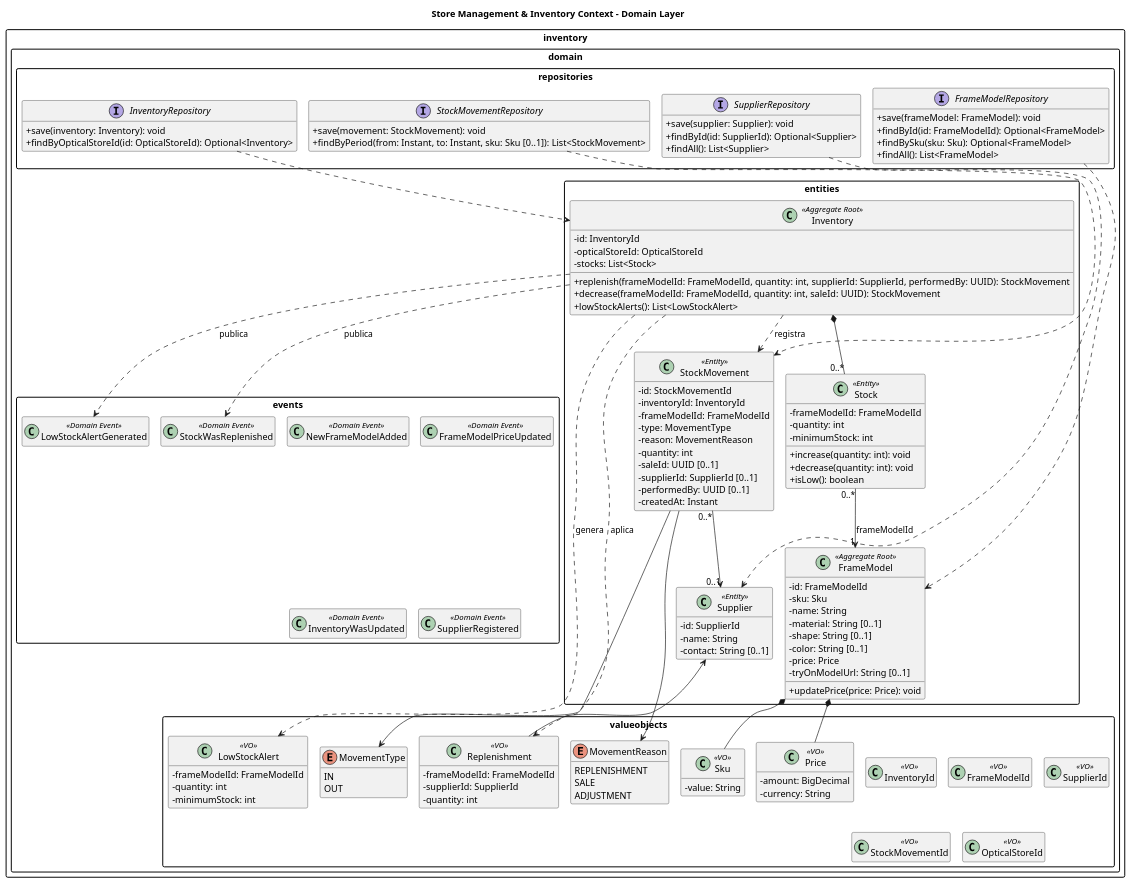
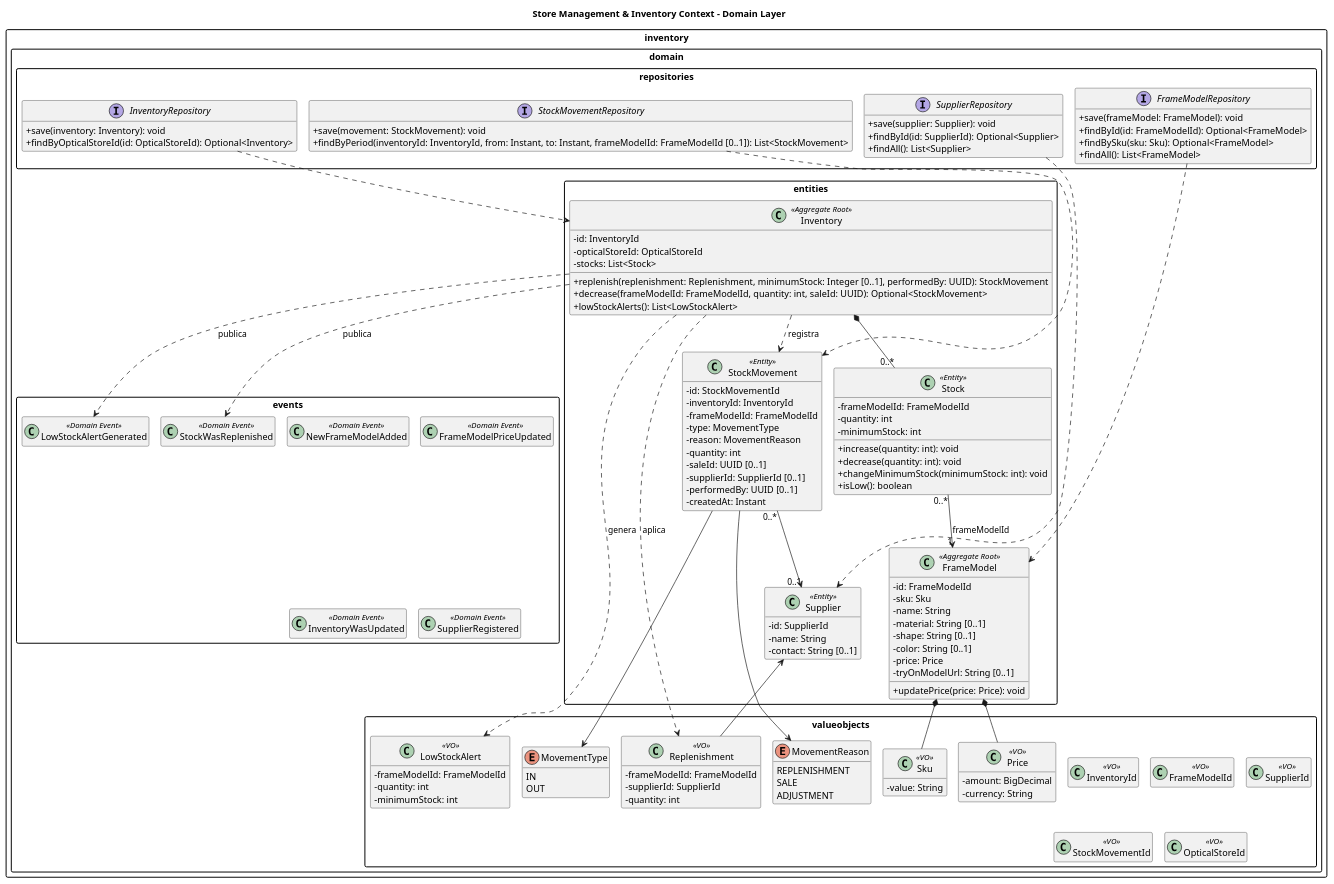
One commit to BL-App-Movil-1ACC0238-2620-4951/Logix-OptiFlow-Report changed the diagram in assets/cap2/class-diagram/puml-domain/domain-store-inventory.puml. Above: the diagram before and after it, drawn with PlantUML. The commit also changed 9 other files, not shown here.

Commit message:
docs: update domain class diagrams

```diff
--- a/assets/cap2/class-diagram/puml-domain/domain-store-inventory.puml
+++ b/assets/cap2/class-diagram/puml-domain/domain-store-inventory.puml
@@ -1,142 +1,143 @@
 @startuml domain-store-inventory
 !pragma layout smetana
 skinparam classAttributeIconSize 0
 skinparam packageStyle rectangle
 skinparam shadowing false
 skinparam defaultFontName Arial
 hide empty members
 title Store Management & Inventory Context - Domain Layer
 
 package "inventory.domain" {
 
   package "entities" {
     class Inventory <<Aggregate Root>> {
       - id: InventoryId
       - opticalStoreId: OpticalStoreId
       - stocks: List<Stock>
-      + replenish(frameModelId: FrameModelId, quantity: int, supplierId: SupplierId, performedBy: UUID): StockMovement
-      + decrease(frameModelId: FrameModelId, quantity: int, saleId: UUID): StockMovement
+      + replenish(replenishment: Replenishment, minimumStock: Integer [0..1], performedBy: UUID): StockMovement
+      + decrease(frameModelId: FrameModelId, quantity: int, saleId: UUID): Optional<StockMovement>
       + lowStockAlerts(): List<LowStockAlert>
     }
     class Stock <<Entity>> {
       - frameModelId: FrameModelId
       - quantity: int
       - minimumStock: int
       + increase(quantity: int): void
       + decrease(quantity: int): void
+      + changeMinimumStock(minimumStock: int): void
       + isLow(): boolean
     }
     class FrameModel <<Aggregate Root>> {
       - id: FrameModelId
       - sku: Sku
       - name: String
       - material: String [0..1]
       - shape: String [0..1]
       - color: String [0..1]
       - price: Price
       - tryOnModelUrl: String [0..1]
       + updatePrice(price: Price): void
     }
     class Supplier <<Entity>> {
       - id: SupplierId
       - name: String
       - contact: String [0..1]
     }
     class StockMovement <<Entity>> {
       - id: StockMovementId
       - inventoryId: InventoryId
       - frameModelId: FrameModelId
       - type: MovementType
       - reason: MovementReason
       - quantity: int
       - saleId: UUID [0..1]
       - supplierId: SupplierId [0..1]
       - performedBy: UUID [0..1]
       - createdAt: Instant
     }
   }
 
   package "valueobjects" {
     class InventoryId <<VO>>
     class FrameModelId <<VO>>
     class SupplierId <<VO>>
     class StockMovementId <<VO>>
     class OpticalStoreId <<VO>>
     class Sku <<VO>> {
       - value: String
     }
     class Price <<VO>> {
       - amount: BigDecimal
       - currency: String
     }
     class LowStockAlert <<VO>> {
       - frameModelId: FrameModelId
       - quantity: int
       - minimumStock: int
     }
     class Replenishment <<VO>> {
       - frameModelId: FrameModelId
       - supplierId: SupplierId
       - quantity: int
     }
     enum MovementType {
       IN
       OUT
     }
     enum MovementReason {
       REPLENISHMENT
       SALE
       ADJUSTMENT
     }
   }
 
   package "repositories" {
     interface InventoryRepository {
       + save(inventory: Inventory): void
       + findByOpticalStoreId(id: OpticalStoreId): Optional<Inventory>
     }
     interface FrameModelRepository {
       + save(frameModel: FrameModel): void
       + findById(id: FrameModelId): Optional<FrameModel>
       + findBySku(sku: Sku): Optional<FrameModel>
       + findAll(): List<FrameModel>
     }
     interface SupplierRepository {
       + save(supplier: Supplier): void
       + findById(id: SupplierId): Optional<Supplier>
       + findAll(): List<Supplier>
     }
     interface StockMovementRepository {
       + save(movement: StockMovement): void
-      + findByPeriod(from: Instant, to: Instant, sku: Sku [0..1]): List<StockMovement>
+      + findByPeriod(inventoryId: InventoryId, from: Instant, to: Instant, frameModelId: FrameModelId [0..1]): List<StockMovement>
     }
   }
 
   package "events" {
     class NewFrameModelAdded <<Domain Event>>
     class FrameModelPriceUpdated <<Domain Event>>
     class StockWasReplenished <<Domain Event>>
     class LowStockAlertGenerated <<Domain Event>>
     class InventoryWasUpdated <<Domain Event>>
     class SupplierRegistered <<Domain Event>>
   }
 }
 
 Inventory *-- "0..*" Stock
 Stock "0..*" --> "1" FrameModel : frameModelId
 FrameModel *-- Sku
 FrameModel *-- Price
 Inventory ..> StockMovement : registra
 Inventory ..> LowStockAlert : genera
 Inventory ..> Replenishment : aplica
 Replenishment --> Supplier
 StockMovement --> MovementType
 StockMovement --> MovementReason
 StockMovement "0..*" --> "0..1" Supplier
 InventoryRepository ..> Inventory
 FrameModelRepository ..> FrameModel
 SupplierRepository ..> Supplier
 StockMovementRepository ..> StockMovement
 Inventory ..> LowStockAlertGenerated : publica
 Inventory ..> StockWasReplenished : publica
 @enduml
```
